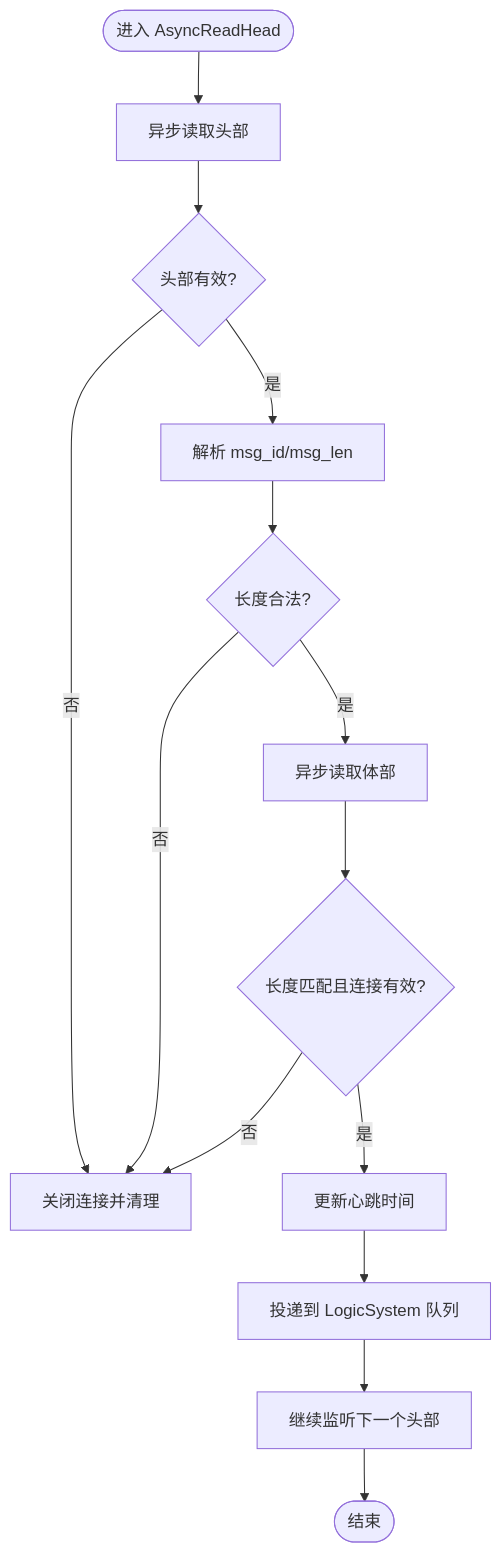
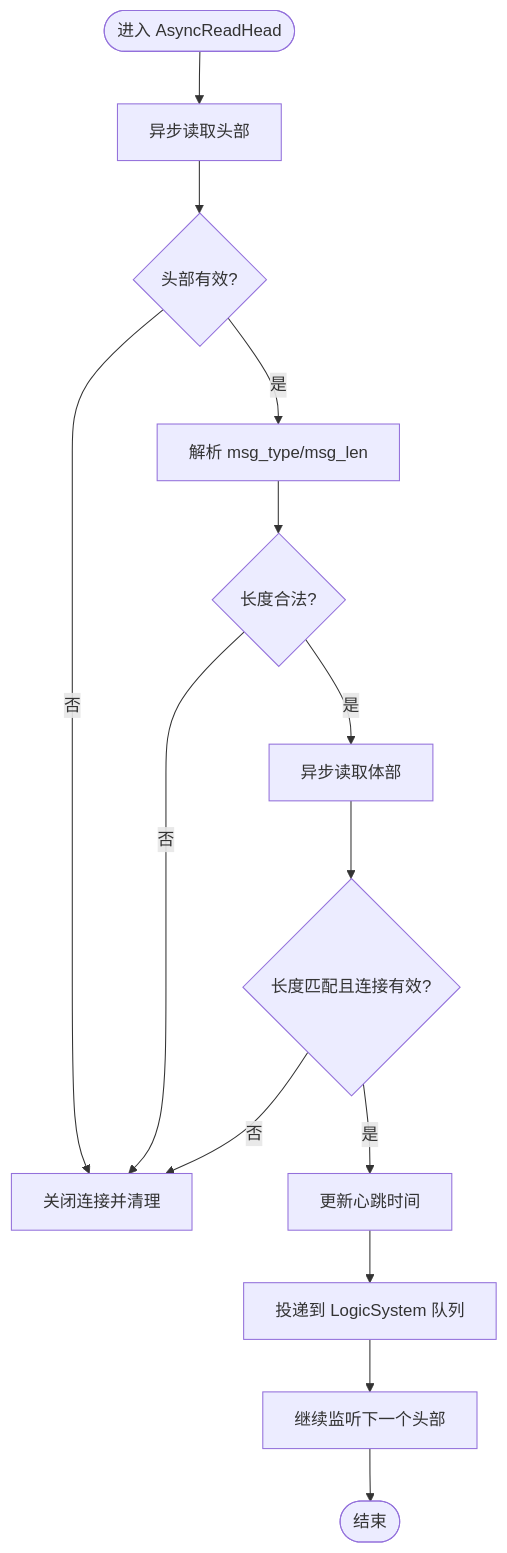
One commit to echo9923/mychatter changed the fourth of 6 diagrams in .qoder/repowiki/zh/content/故障排查/性能问题.md. Above: the diagram before and after it, drawn with Mermaid. The commit also changed 128 other files, not shown here.

First line of the commit message:
refactor(protocol): TCP 帧头消息类型 msg_id 全局改名为 msg_type

````diff
--- a/.qoder/repowiki/zh/content/故障排查/性能问题.md
+++ b/.qoder/repowiki/zh/content/故障排查/性能问题.md
@@ -178,16 +178,16 @@
 ```mermaid
 flowchart TD
 Start(["进入 AsyncReadHead"]) --> ReadHead["异步读取头部"]
 ReadHead --> HeadOK{"头部有效?"}
 HeadOK --> |否| Close["关闭连接并清理"]
-HeadOK --> |是| ParseHead["解析 msg_id/msg_len"]
+HeadOK --> |是| ParseHead["解析 msg_type/msg_len"]
 ParseHead --> ValidateLen{"长度合法?"}
 ValidateLen --> |否| Close
 ValidateLen --> |是| ReadBody["异步读取体部"]
 ReadBody --> BodyOK{"长度匹配且连接有效?"}
 BodyOK --> |否| Close
 BodyOK --> |是| UpdateHB["更新心跳时间"]
 UpdateHB --> PostMsg["投递到 LogicSystem 队列"]
 PostMsg --> NextHead["继续监听下一个头部"]
 NextHead --> End(["结束"])
 ```
````
